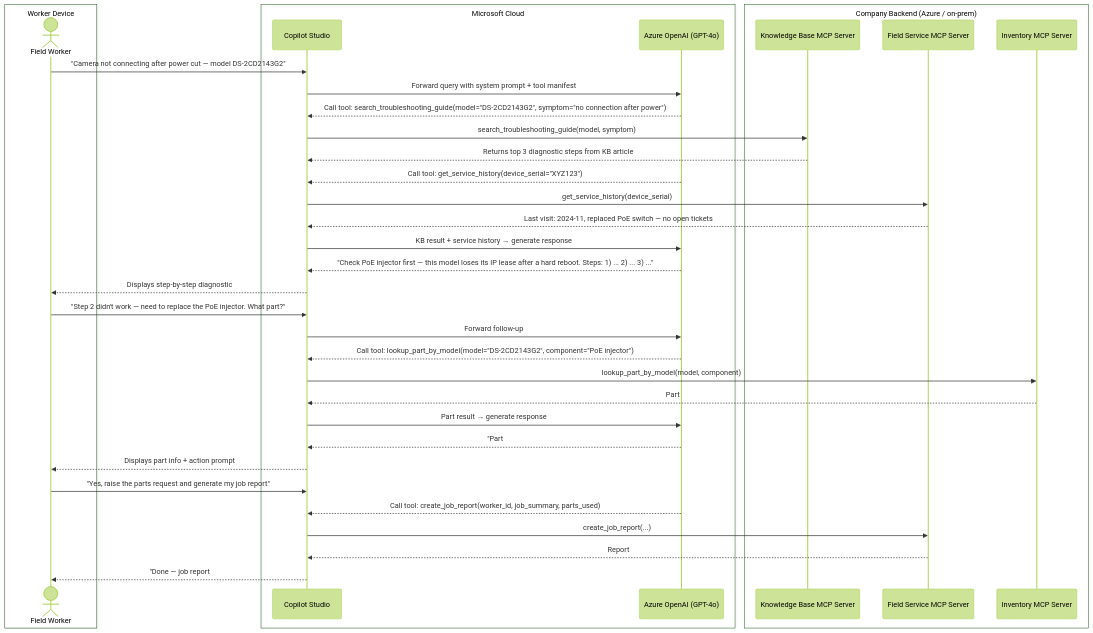
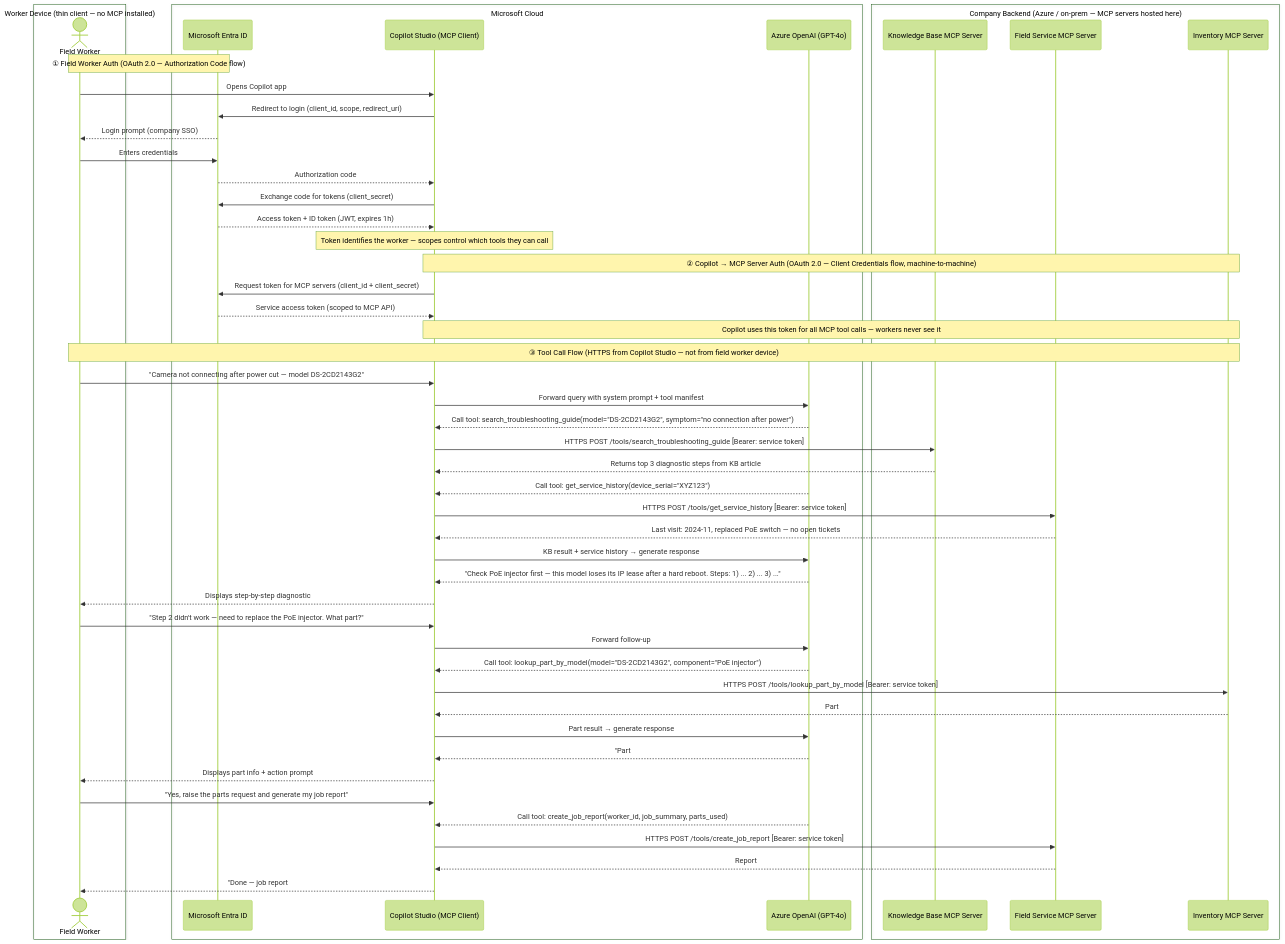
One commit to vikasparth/restaurant-main changed the first of 2 diagrams in docs/side-project-architecture.md. Above: the diagram before and after it, drawn with Mermaid (forest theme).

Commit message:
docs: add OAuth flow and MCP hosting clarification to sequence diagram
Shows field worker auth (Authorization Code), machine-to-machine
auth (Client Credentials) for Copilot→MCP calls, and HTTPS tool
calls from Copilot Studio — not from the field worker device.

````diff
--- a/docs/side-project-architecture.md
+++ b/docs/side-project-architecture.md
@@ -83,45 +83,62 @@
 ```mermaid
 sequenceDiagram
-    box Field Worker Device
+    box Field Worker Device (thin client — no MCP installed)
         actor FW as Field Worker
     end
     box Microsoft Cloud
-        participant Copilot as Copilot Studio
+        participant Entra as Microsoft Entra ID
+        participant Copilot as Copilot Studio (MCP Client)
         participant LLM as Azure OpenAI (GPT-4o)
     end
-    box Company Backend (Azure / on-prem)
+    box Company Backend (Azure / on-prem — MCP servers hosted here)
         participant KB as Knowledge Base MCP Server
         participant FS as Field Service MCP Server
         participant INV as Inventory MCP Server
     end
 
+    Note over FW,Entra: ① Field Worker Auth (OAuth 2.0 — Authorization Code flow)
+    FW->>Copilot: Opens Copilot app
+    Copilot->>Entra: Redirect to login (client_id, scope, redirect_uri)
+    Entra-->>FW: Login prompt (company SSO)
+    FW->>Entra: Enters credentials
+    Entra-->>Copilot: Authorization code
+    Copilot->>Entra: Exchange code for tokens (client_secret)
+    Entra-->>Copilot: Access token + ID token (JWT, expires 1h)
+    Note over Copilot: Token identifies the worker — scopes control which tools they can call
+
+    Note over Copilot,INV: ② Copilot → MCP Server Auth (OAuth 2.0 — Client Credentials flow, machine-to-machine)
+    Copilot->>Entra: Request token for MCP servers (client_id + client_secret)
+    Entra-->>Copilot: Service access token (scoped to MCP API)
+    Note over Copilot,INV: Copilot uses this token for all MCP tool calls — workers never see it
+
+    Note over FW,INV: ③ Tool Call Flow (HTTPS from Copilot Studio — not from field worker device)
     FW->>Copilot: "Camera not connecting after power cut — model DS-2CD2143G2"
     Copilot->>LLM: Forward query with system prompt + tool manifest
     LLM-->>Copilot: Call tool: search_troubleshooting_guide(model="DS-2CD2143G2", symptom="no connection after power")
-    Copilot->>KB: search_troubleshooting_guide(model, symptom)
+    Copilot->>KB: HTTPS POST /tools/search_troubleshooting_guide [Bearer: service token]
     KB-->>Copilot: Returns top 3 diagnostic steps from KB article #4821
 
     LLM-->>Copilot: Call tool: get_service_history(device_serial="XYZ123")
-    Copilot->>FS: get_service_history(device_serial)
+    Copilot->>FS: HTTPS POST /tools/get_service_history [Bearer: service token]
     FS-->>Copilot: Last visit: 2024-11, replaced PoE switch — no open tickets
 
     Copilot->>LLM: KB result + service history → generate response
     LLM-->>Copilot: "Check PoE injector first — this model loses its IP lease after a hard reboot. Steps: 1) ... 2) ... 3) ..."
     Copilot-->>FW: Displays step-by-step diagnostic
 
     FW->>Copilot: "Step 2 didn't work — need to replace the PoE injector. What part?"
     Copilot->>LLM: Forward follow-up
     LLM-->>Copilot: Call tool: lookup_part_by_model(model="DS-2CD2143G2", component="PoE injector")
-    Copilot->>INV: lookup_part_by_model(model, component)
+    Copilot->>INV: HTTPS POST /tools/lookup_part_by_model [Bearer: service token]
     INV-->>Copilot: Part #POE-48V-15W, in stock at Bristol depot (3 units)
 
     Copilot->>LLM: Part result → generate response
     LLM-->>Copilot: "Part #POE-48V-15W — 3 in stock at Bristol depot. Want me to raise a parts request?"
     Copilot-->>FW: Displays part info + action prompt
 
     FW->>Copilot: "Yes, raise the parts request and generate my job report"
     LLM-->>Copilot: Call tool: create_job_report(worker_id, job_summary, parts_used)
-    Copilot->>FS: create_job_report(...)
+    Copilot->>FS: HTTPS POST /tools/create_job_report [Bearer: service token]
     FS-->>Copilot: Report #JR-20240502-089 created
     Copilot-->>FW: "Done — job report #JR-20240502-089 submitted, parts request raised."
 ```
````
